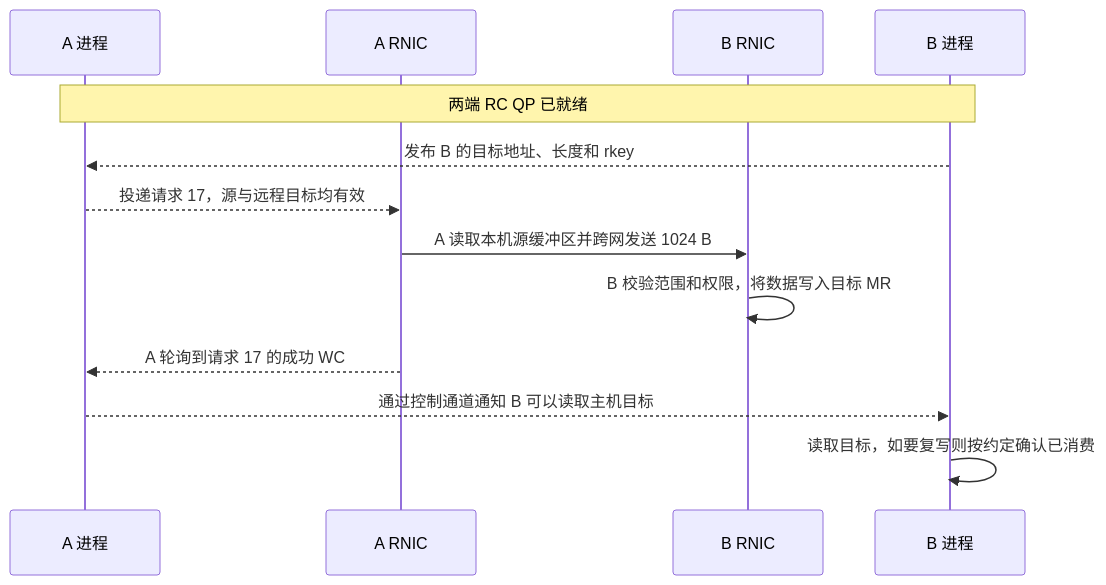
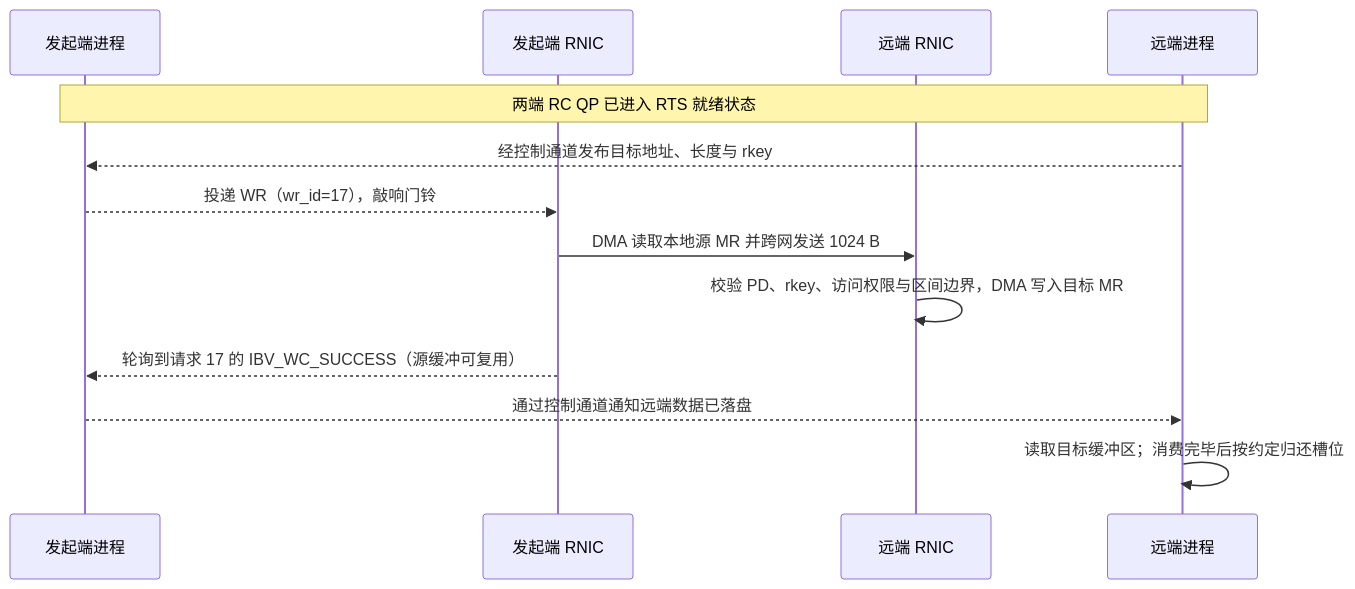
One commit to realtyz/ops-manual changed the diagram in AI-Infra/06_从普通网络通信走向RDMA/03_RC 建连、RDMA 操作与完成通知.md. Above: the diagram before and after it, drawn with Mermaid. The commit also changed other lines of this file and 194 other files, not shown here.

````diff
--- a/AI-Infra/06_从普通网络通信走向RDMA/03_RC 建连、RDMA 操作与完成通知.md
+++ b/AI-Infra/06_从普通网络通信走向RDMA/03_RC 建连、RDMA 操作与完成通知.md
@@ -10,15 +44,16 @@
 ```mermaid
 sequenceDiagram
-    participant A as A 进程
-    participant AN as A RNIC
-    participant BN as B RNIC
-    participant B as B 进程
-    Note over A,B: 两端 RC QP 已就绪
-    B-->>A: 发布 B 的目标地址、长度和 rkey
-    A-->>AN: 投递请求 17，源与远程目标均有效
-    AN->>BN: A 读取本机源缓冲区并跨网发送 1024 B
-    BN->>BN: B 校验范围和权限，将数据写入目标 MR
-    AN-->>A: A 轮询到请求 17 的成功 WC
-    A-->>B: 通过控制通道通知 B 可以读取主机目标
-    B->>B: 读取目标，如要复写则按约定确认已消费
+    accDescr: 展示一次普通 RDMA Write 在发起端进程、发起端 RNIC、远端 RNIC 与远端进程之间的完整时序。包括远端发布目标地址与 rkey、发起端投递 WR、两端 RNIC 跨网搬运与权限校验、发起端轮询到成功 WC，以及经控制通道通知远端消费并归还槽位。
+    participant Init as 发起端进程
+    participant INIC as 发起端 RNIC
+    participant RNIC as 远端 RNIC
+    participant Rem as 远端进程
+    Note over Init,Rem: 两端 RC QP 已进入 RTS 就绪状态
+    Rem-->>Init: 经控制通道发布目标地址、长度与 rkey
+    Init-->>INIC: 投递 WR（wr_id=17），敲响门铃
+    INIC->>RNIC: DMA 读取本地源 MR 并跨网发送 1024 B
+    RNIC->>RNIC: 校验 PD、rkey、访问权限与区间边界，DMA 写入目标 MR
+    INIC-->>Init: 轮询到请求 17 的 IBV_WC_SUCCESS（源缓冲可复用）
+    Init-->>Rem: 通过控制通道通知远端数据已落盘
+    Rem->>Rem: 读取目标缓冲区；消费完毕后按约定归还槽位
 ```
````
